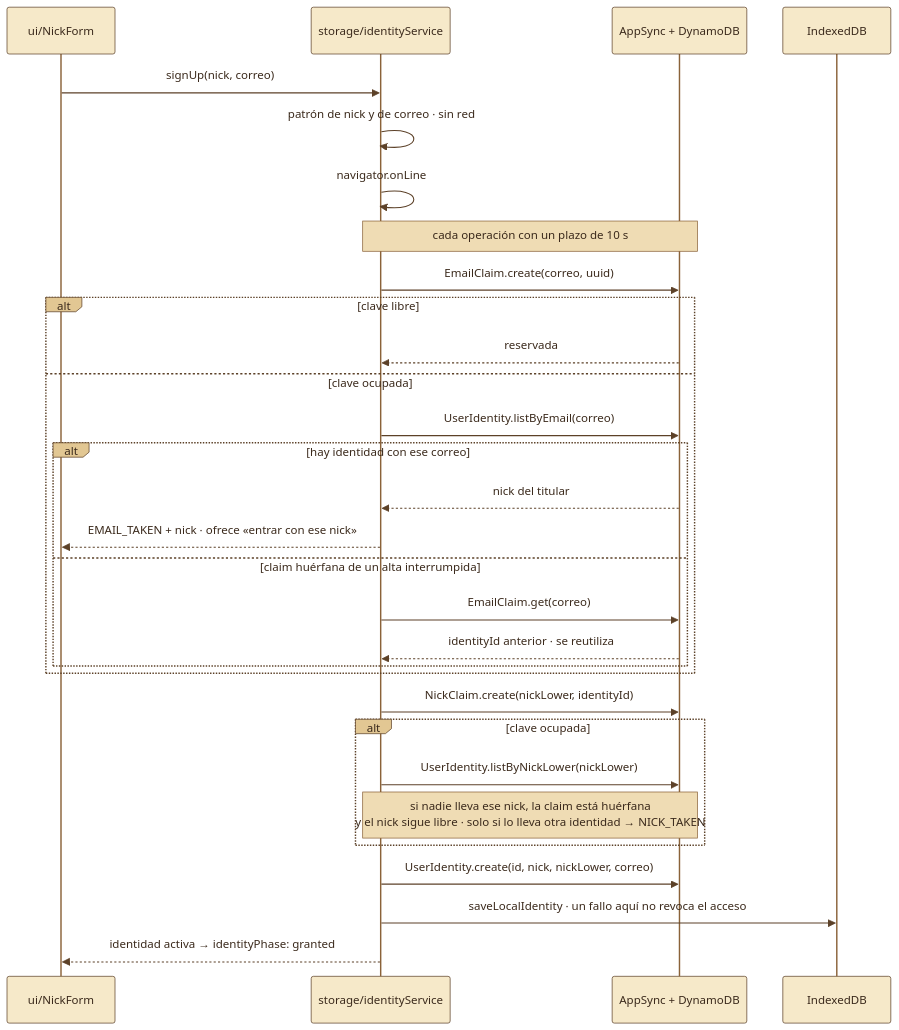
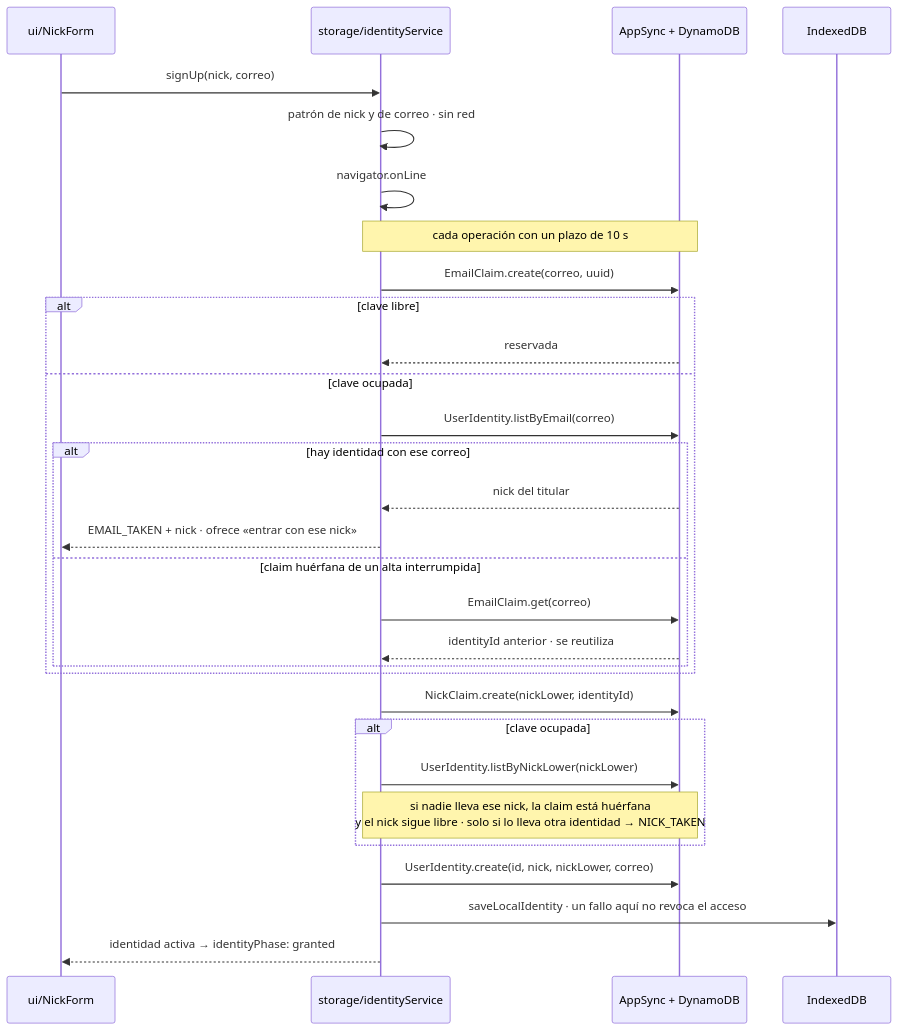
The eighth of 12 diagrams in docs/ARQUITECTURA.md (vicmaHo/spine-hero), drawn with Mermaid before and after one commit. The commit also changed other lines of this file, not shown here.

Commit message:
docs(fix): corrección de colores de diagramas

````diff
--- a/docs/ARQUITECTURA.md
+++ b/docs/ARQUITECTURA.md
@@ -327,34 +316,33 @@
 ```mermaid
-%%{init: {'theme':'base','themeVariables':{'fontFamily':'ui-sans-serif, system-ui, sans-serif','primaryColor':'#f6e9c9','primaryTextColor':'#3b2a1c','primaryBorderColor':'#5c4128','secondaryColor':'#efdcb4','tertiaryColor':'#fbf5e6','lineColor':'#8a6239','textColor':'#3b2a1c','mainBkg':'#f6e9c9','actorBkg':'#f6e9c9','actorBorder':'#5c4128','actorTextColor':'#3b2a1c','actorLineColor':'#8a6239','signalColor':'#5c4128','signalTextColor':'#3b2a1c','labelBoxBkgColor':'#e2c793','labelBoxBorderColor':'#5c4128','labelTextColor':'#3b2a1c','loopTextColor':'#3b2a1c','noteBkgColor':'#efdcb4','noteBorderColor':'#8a6239','noteTextColor':'#3b2a1c','activationBkgColor':'#e2c793','activationBorderColor':'#8a6239','sequenceNumberColor':'#3b2a1c','altBackground':'#fbf5e6'}}}%%
 sequenceDiagram
   participant F as ui/NickForm
   participant I as storage/identityService
   participant D as AppSync + DynamoDB
   participant L as IndexedDB
 
   F->>I: signUp(nick, correo)
   I->>I: patrón de nick y de correo · sin red
   I->>I: navigator.onLine
   Note over I,D: cada operación con un plazo de 10 s
   I->>D: EmailClaim.create(correo, uuid)
   alt clave libre
     D-->>I: reservada
   else clave ocupada
     I->>D: UserIdentity.listByEmail(correo)
     alt hay identidad con ese correo
       D-->>I: nick del titular
       I-->>F: EMAIL_TAKEN + nick · ofrece «entrar con ese nick»
     else claim huérfana de un alta interrumpida
       I->>D: EmailClaim.get(correo)
       D-->>I: identityId anterior · se reutiliza
     end
   end
   I->>D: NickClaim.create(nickLower, identityId)
   alt clave ocupada
     I->>D: UserIdentity.listByNickLower(nickLower)
     Note over I,D: si nadie lleva ese nick, la claim está huérfana<br/>y el nick sigue libre · solo si lo lleva otra identidad → NICK_TAKEN
   end
   I->>D: UserIdentity.create(id, nick, nickLower, correo)
   I->>L: saveLocalIdentity · un fallo aquí no revoca el acceso
   I-->>F: identidad activa → identityPhase: granted
 ```
````
